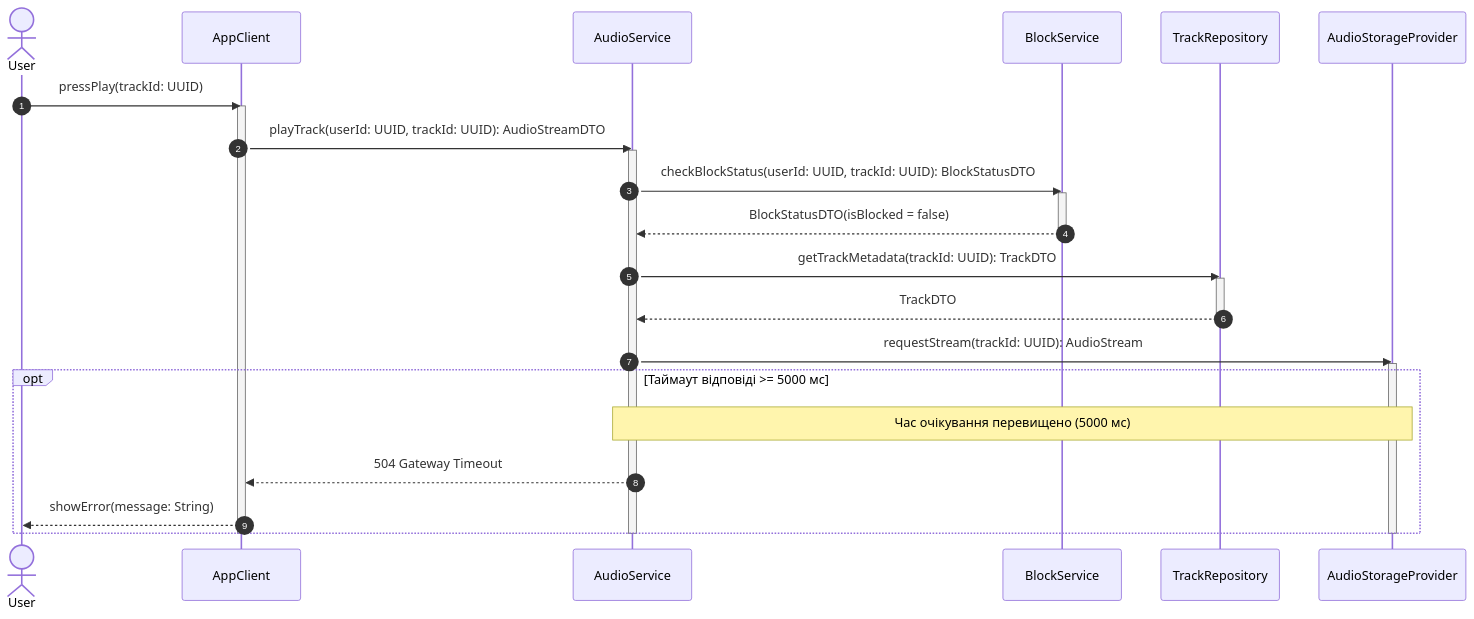
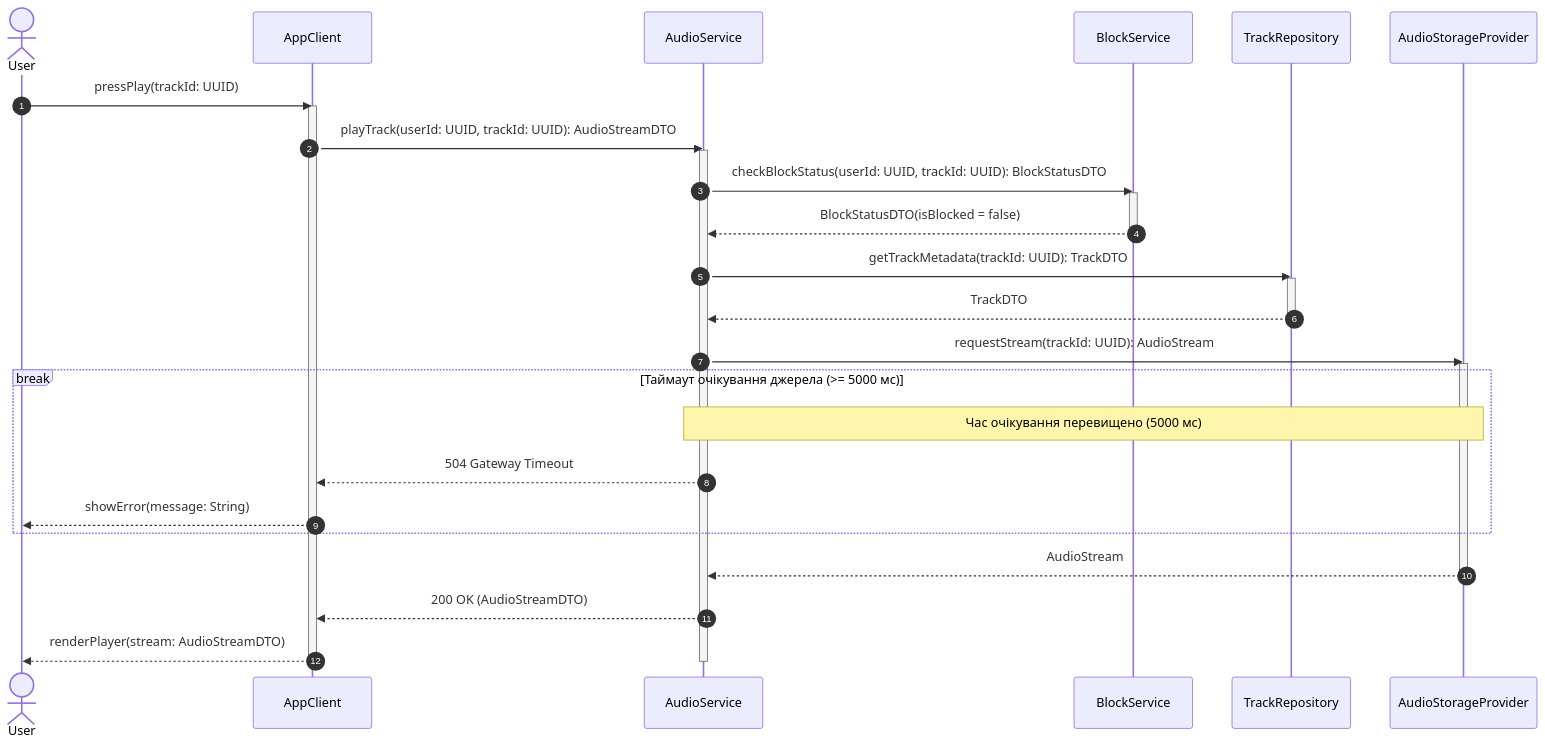
One commit to ranenneyoulikemore/music-app-er changed the diagram in sc-02-timeout.md. Above: the diagram before and after it, drawn with Mermaid. The commit also changed 3 other files, not shown here.

Commit message:
refactor(sequence): simplify diagrams with break and opt guard clauses

````diff
--- a/sc-02-timeout.md
+++ b/sc-02-timeout.md
@@ -1,38 +1,42 @@
 ```mermaid
 sequenceDiagram
     autonumber
     actor User
     participant AppClient
     participant AudioService
     participant BlockService
     participant TrackRepository
     participant AudioStorageProvider
 
     User->>AppClient: pressPlay(trackId: UUID)
     activate AppClient
     AppClient->>AudioService: playTrack(userId: UUID, trackId: UUID): AudioStreamDTO
     activate AudioService
 
     AudioService->>BlockService: checkBlockStatus(userId: UUID, trackId: UUID): BlockStatusDTO
     activate BlockService
     BlockService-->>AudioService: BlockStatusDTO(isBlocked = false)
     deactivate BlockService
 
     AudioService->>TrackRepository: getTrackMetadata(trackId: UUID): TrackDTO
     activate TrackRepository
     TrackRepository-->>AudioService: TrackDTO
     deactivate TrackRepository
 
     AudioService->>AudioStorageProvider: requestStream(trackId: UUID): AudioStream
     activate AudioStorageProvider
 
-    opt Таймаут відповіді >= 5000 мс
+    break Таймаут очікування джерела (>= 5000 мс)
         Note over AudioStorageProvider,AudioService: Час очікування перевищено (5000 мс)
         AudioService-->>AppClient: 504 Gateway Timeout
         AppClient-->>User: showError(message: String)
     end
 
+    AudioStorageProvider-->>AudioService: AudioStream
     deactivate AudioStorageProvider
+    AudioService-->>AppClient: 200 OK (AudioStreamDTO)
+    AppClient-->>User: renderPlayer(stream: AudioStreamDTO)
+
     deactivate AudioService
     deactivate AppClient
 ```
````
